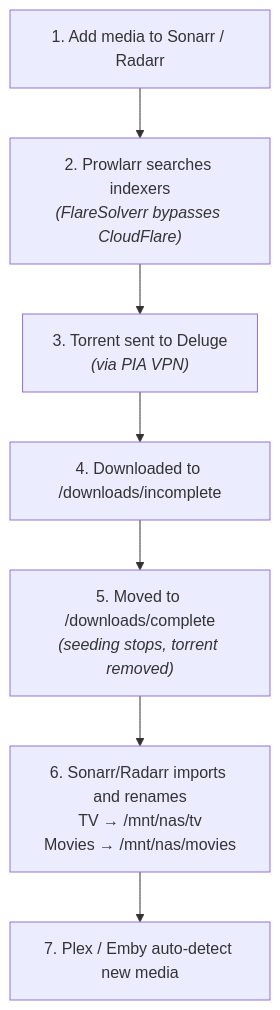
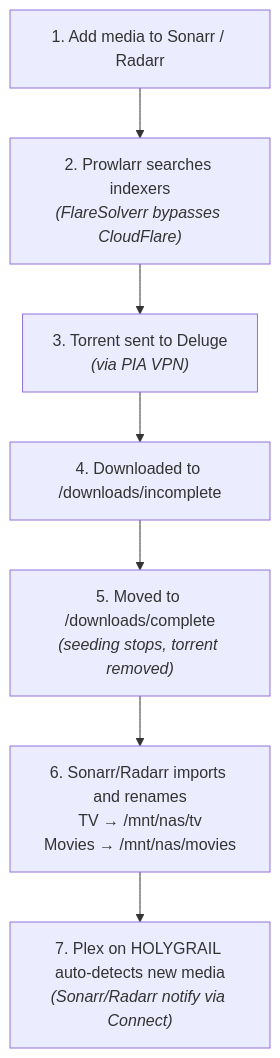
Before and after one commit to johndoucette63/camelot: the second of 2 diagrams in docs/INFRASTRUCTURE.md, drawn with Mermaid. The commit also changed other lines of this file and 14 other files, not shown here.

First line of the commit message:
F2.1: Migrate Plex to HOLYGRAIL with NVENC GPU transcoding, retire Emby

````diff
--- a/docs/INFRASTRUCTURE.md
+++ b/docs/INFRASTRUCTURE.md
@@ -498,9 +549,9 @@
 ```mermaid
 flowchart TD
     A["1. Add media to Sonarr / Radarr"] --> B["2. Prowlarr searches indexers<br/><i>(FlareSolverr bypasses CloudFlare)</i>"]
     B --> C["3. Torrent sent to Deluge<br/><i>(via PIA VPN)</i>"]
     C --> D["4. Downloaded to /downloads/incomplete"]
     D --> E["5. Moved to /downloads/complete<br/><i>(seeding stops, torrent removed)</i>"]
     E --> F["6. Sonarr/Radarr imports and renames<br/>TV → /mnt/nas/tv<br/>Movies → /mnt/nas/movies"]
-    F --> G["7. Plex / Emby auto-detect new media"]
+    F --> G["7. Plex on HOLYGRAIL auto-detects new media<br/><i>(Sonarr/Radarr notify via Connect)</i>"]
 ```
````
